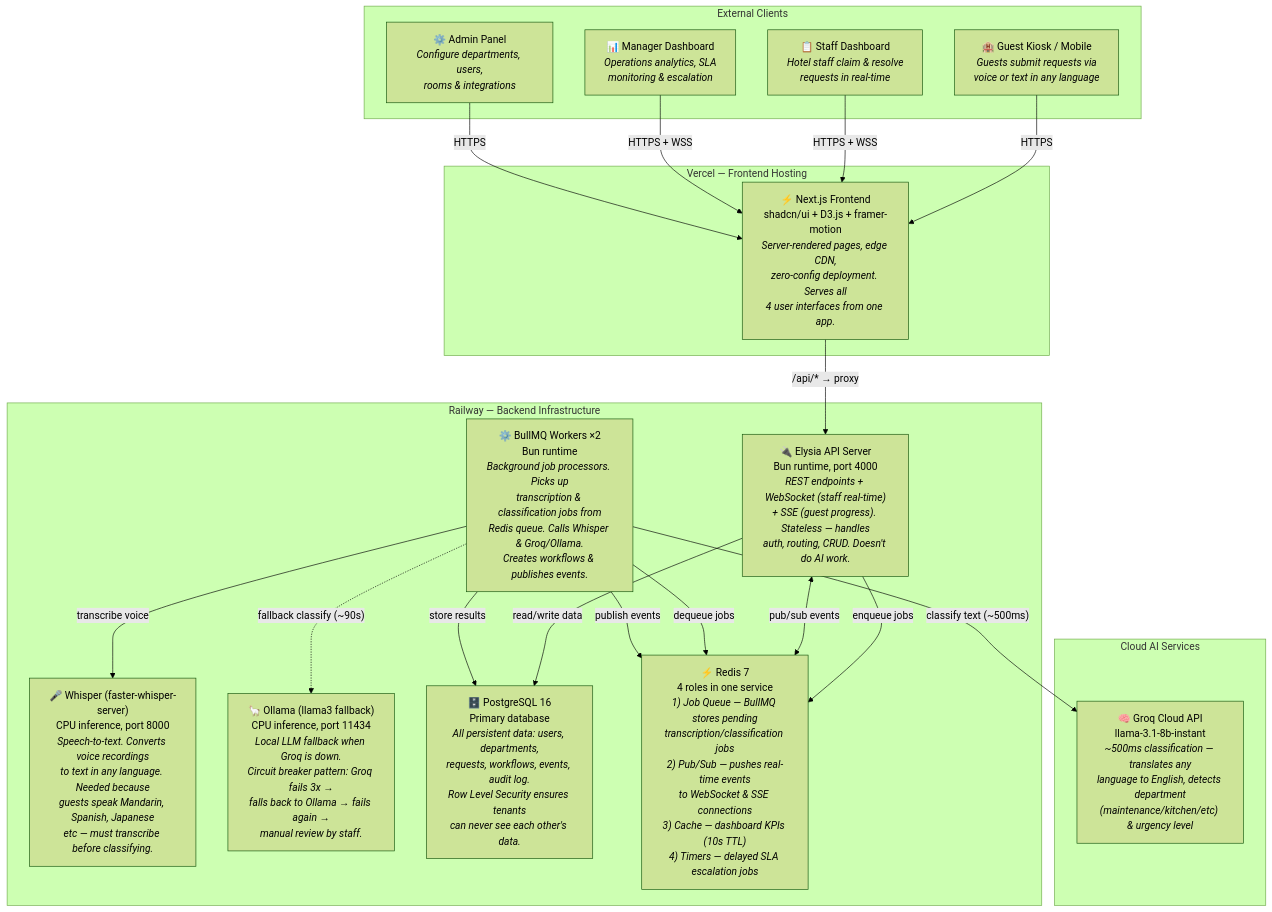
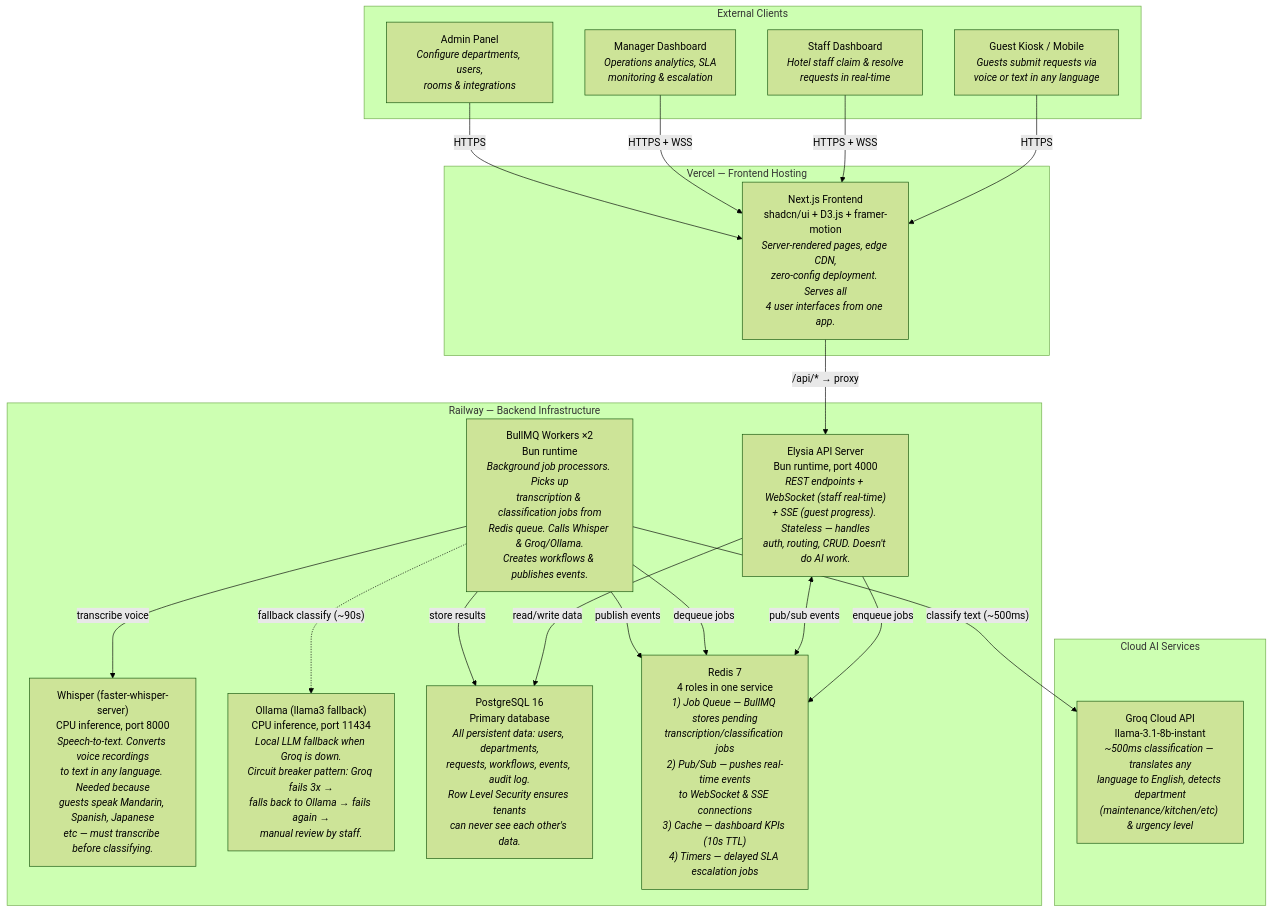
The diagram in docs/diagrams/architecture.mmd (tachyon-development/test-translation), drawn with Mermaid (forest theme) before and after one commit. The commit also changed 1 other file, not shown here.

Commit message:
docs: remove emojis from architecture diagram

```diff
--- a/docs/diagrams/architecture.mmd
+++ b/docs/diagrams/architecture.mmd
@@ -1,47 +1,47 @@
 graph TB
     subgraph External["External Clients"]
-        GK["🏨 Guest Kiosk / Mobile<br/><i>Guests submit requests via<br/>voice or text in any language</i>"]
-        SD["📋 Staff Dashboard<br/><i>Hotel staff claim & resolve<br/>requests in real-time</i>"]
-        MD["📊 Manager Dashboard<br/><i>Operations analytics, SLA<br/>monitoring & escalation</i>"]
-        AD["⚙️ Admin Panel<br/><i>Configure departments, users,<br/>rooms & integrations</i>"]
+        GK["Guest Kiosk / Mobile<br/><i>Guests submit requests via<br/>voice or text in any language</i>"]
+        SD["Staff Dashboard<br/><i>Hotel staff claim & resolve<br/>requests in real-time</i>"]
+        MD["Manager Dashboard<br/><i>Operations analytics, SLA<br/>monitoring & escalation</i>"]
+        AD["Admin Panel<br/><i>Configure departments, users,<br/>rooms & integrations</i>"]
     end
 
     subgraph Cloud["Cloud AI Services"]
-        GROQ["🧠 Groq Cloud API<br/>llama-3.1-8b-instant<br/><i>~500ms classification — translates any<br/>language to English, detects department<br/>(maintenance/kitchen/etc) & urgency level</i>"]
+        GROQ["Groq Cloud API<br/>llama-3.1-8b-instant<br/><i>~500ms classification — translates any<br/>language to English, detects department<br/>(maintenance/kitchen/etc) & urgency level</i>"]
     end
 
     subgraph Vercel["Vercel — Frontend Hosting"]
-        FE["⚡ Next.js Frontend<br/>shadcn/ui + D3.js + framer-motion<br/><i>Server-rendered pages, edge CDN,<br/>zero-config deployment. Serves all<br/>4 user interfaces from one app.</i>"]
+        FE["Next.js Frontend<br/>shadcn/ui + D3.js + framer-motion<br/><i>Server-rendered pages, edge CDN,<br/>zero-config deployment. Serves all<br/>4 user interfaces from one app.</i>"]
     end
 
     subgraph Railway["Railway — Backend Infrastructure"]
-        API["🔌 Elysia API Server<br/>Bun runtime, port 4000<br/><i>REST endpoints + WebSocket (staff real-time)<br/>+ SSE (guest progress). Stateless — handles<br/>auth, routing, CRUD. Doesn't do AI work.</i>"]
+        API["Elysia API Server<br/>Bun runtime, port 4000<br/><i>REST endpoints + WebSocket (staff real-time)<br/>+ SSE (guest progress). Stateless — handles<br/>auth, routing, CRUD. Doesn't do AI work.</i>"]
 
-        WK["⚙️ BullMQ Workers ×2<br/>Bun runtime<br/><i>Background job processors. Picks up<br/>transcription & classification jobs from<br/>Redis queue. Calls Whisper & Groq/Ollama.<br/>Creates workflows & publishes events.</i>"]
+        WK["BullMQ Workers ×2<br/>Bun runtime<br/><i>Background job processors. Picks up<br/>transcription & classification jobs from<br/>Redis queue. Calls Whisper & Groq/Ollama.<br/>Creates workflows & publishes events.</i>"]
 
-        WH["🎤 Whisper (faster-whisper-server)<br/>CPU inference, port 8000<br/><i>Speech-to-text. Converts voice recordings<br/>to text in any language. Needed because<br/>guests speak Mandarin, Spanish, Japanese<br/>etc — must transcribe before classifying.</i>"]
+        WH["Whisper (faster-whisper-server)<br/>CPU inference, port 8000<br/><i>Speech-to-text. Converts voice recordings<br/>to text in any language. Needed because<br/>guests speak Mandarin, Spanish, Japanese<br/>etc — must transcribe before classifying.</i>"]
 
-        OL["🦙 Ollama (llama3 fallback)<br/>CPU inference, port 11434<br/><i>Local LLM fallback when Groq is down.<br/>Circuit breaker pattern: Groq fails 3x →<br/>falls back to Ollama → fails again →<br/>manual review by staff.</i>"]
+        OL["Ollama (llama3 fallback)<br/>CPU inference, port 11434<br/><i>Local LLM fallback when Groq is down.<br/>Circuit breaker pattern: Groq fails 3x →<br/>falls back to Ollama → fails again →<br/>manual review by staff.</i>"]
 
-        PG["🗄️ PostgreSQL 16<br/>Primary database<br/><i>All persistent data: users, departments,<br/>requests, workflows, events, audit log.<br/>Row Level Security ensures tenants<br/>can never see each other's data.</i>"]
+        PG["PostgreSQL 16<br/>Primary database<br/><i>All persistent data: users, departments,<br/>requests, workflows, events, audit log.<br/>Row Level Security ensures tenants<br/>can never see each other's data.</i>"]
 
-        RD["⚡ Redis 7<br/>4 roles in one service<br/><i>1) Job Queue — BullMQ stores pending<br/>transcription/classification jobs<br/>2) Pub/Sub — pushes real-time events<br/>to WebSocket & SSE connections<br/>3) Cache — dashboard KPIs (10s TTL)<br/>4) Timers — delayed SLA escalation jobs</i>"]
+        RD["Redis 7<br/>4 roles in one service<br/><i>1) Job Queue — BullMQ stores pending<br/>transcription/classification jobs<br/>2) Pub/Sub — pushes real-time events<br/>to WebSocket & SSE connections<br/>3) Cache — dashboard KPIs (10s TTL)<br/>4) Timers — delayed SLA escalation jobs</i>"]
     end
 
     GK -->|"HTTPS"| FE
     SD -->|"HTTPS + WSS"| FE
     MD -->|"HTTPS + WSS"| FE
     AD -->|"HTTPS"| FE
 
     FE -->|"/api/* → proxy"| API
 
     API -->|"enqueue jobs"| RD
     API -->|"read/write data"| PG
     API <-->|"pub/sub events"| RD
 
     WK -->|"dequeue jobs"| RD
     WK -->|"classify text (~500ms)"| GROQ
     WK -.->|"fallback classify (~90s)"| OL
     WK -->|"transcribe voice"| WH
     WK -->|"store results"| PG
     WK -->|"publish events"| RD
```
